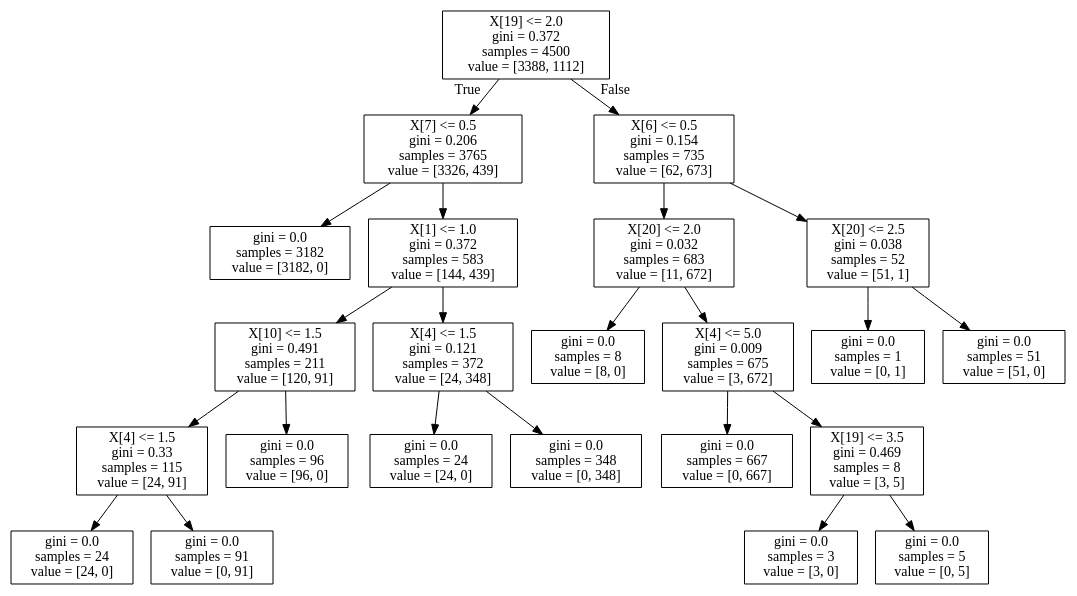
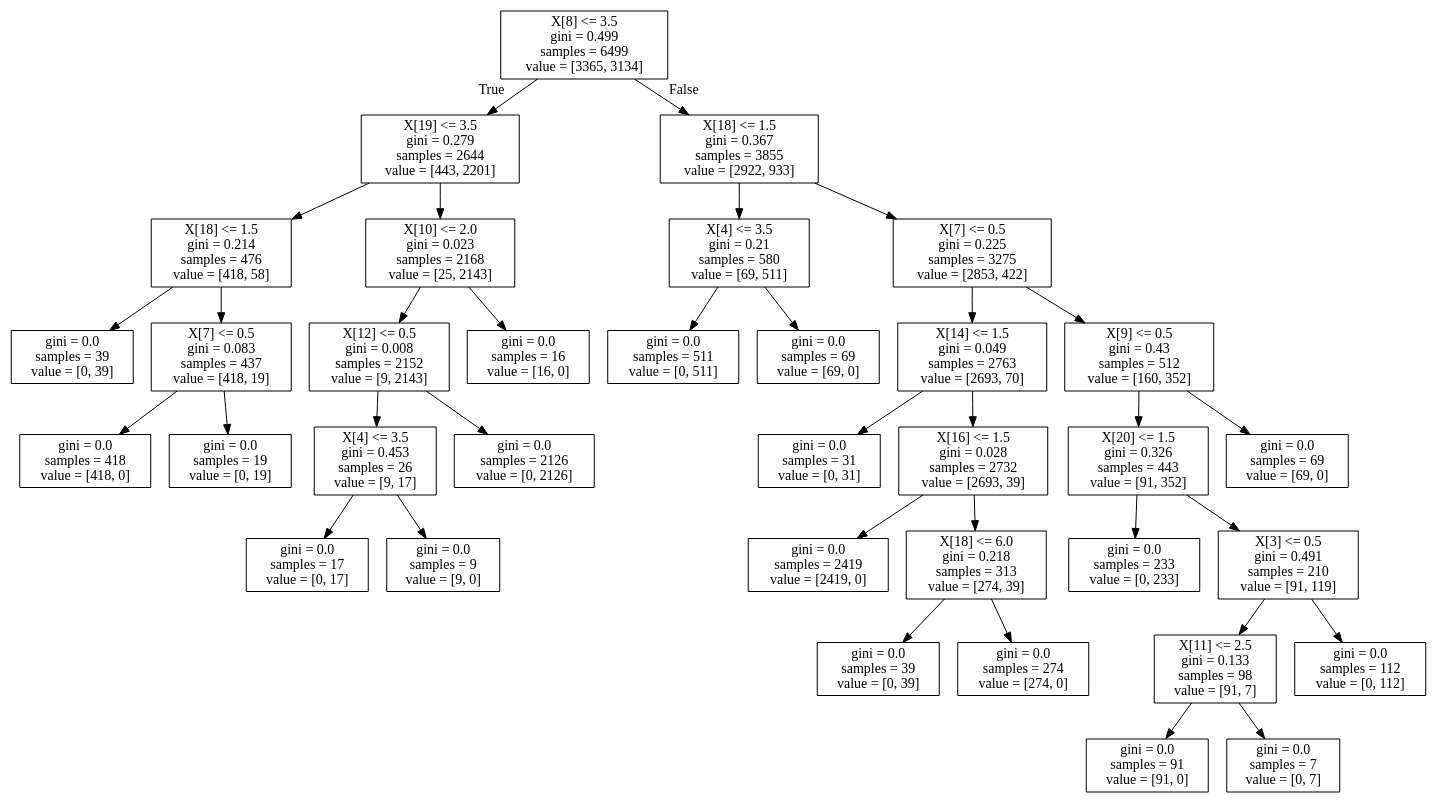
One commit to VIJAY0102/Handon_Ml changed the diagram in Mushroom_dt.dot. Above: the diagram before and after it, drawn with Graphviz. The commit also changed 9 other files, not shown here.

```diff
--- a/Mushroom_dt.dot
+++ b/Mushroom_dt.dot
@@ -1,48 +1,72 @@
 digraph Tree {
 node [shape=box] ;
-0 [label="X[19] <= 2.0\ngini = 0.372\nsamples = 4500\nvalue = [3388, 1112]"] ;
-1 [label="X[7] <= 0.5\ngini = 0.206\nsamples = 3765\nvalue = [3326, 439]"] ;
+0 [label="X[8] <= 3.5\ngini = 0.499\nsamples = 6499\nvalue = [3365, 3134]"] ;
+1 [label="X[19] <= 3.5\ngini = 0.279\nsamples = 2644\nvalue = [443, 2201]"] ;
 0 -> 1 [labeldistance=2.5, labelangle=45, headlabel="True"] ;
-2 [label="gini = 0.0\nsamples = 3182\nvalue = [3182, 0]"] ;
+2 [label="X[18] <= 1.5\ngini = 0.214\nsamples = 476\nvalue = [418, 58]"] ;
 1 -> 2 ;
-3 [label="X[1] <= 1.0\ngini = 0.372\nsamples = 583\nvalue = [144, 439]"] ;
-1 -> 3 ;
-4 [label="X[10] <= 1.5\ngini = 0.491\nsamples = 211\nvalue = [120, 91]"] ;
-3 -> 4 ;
-5 [label="X[4] <= 1.5\ngini = 0.33\nsamples = 115\nvalue = [24, 91]"] ;
+3 [label="gini = 0.0\nsamples = 39\nvalue = [0, 39]"] ;
+2 -> 3 ;
+4 [label="X[7] <= 0.5\ngini = 0.083\nsamples = 437\nvalue = [418, 19]"] ;
+2 -> 4 ;
+5 [label="gini = 0.0\nsamples = 418\nvalue = [418, 0]"] ;
 4 -> 5 ;
-6 [label="gini = 0.0\nsamples = 24\nvalue = [24, 0]"] ;
-5 -> 6 ;
-7 [label="gini = 0.0\nsamples = 91\nvalue = [0, 91]"] ;
-5 -> 7 ;
-8 [label="gini = 0.0\nsamples = 96\nvalue = [96, 0]"] ;
-4 -> 8 ;
-9 [label="X[4] <= 1.5\ngini = 0.121\nsamples = 372\nvalue = [24, 348]"] ;
-3 -> 9 ;
-10 [label="gini = 0.0\nsamples = 24\nvalue = [24, 0]"] ;
+6 [label="gini = 0.0\nsamples = 19\nvalue = [0, 19]"] ;
+4 -> 6 ;
+7 [label="X[10] <= 2.0\ngini = 0.023\nsamples = 2168\nvalue = [25, 2143]"] ;
+1 -> 7 ;
+8 [label="X[12] <= 0.5\ngini = 0.008\nsamples = 2152\nvalue = [9, 2143]"] ;
+7 -> 8 ;
+9 [label="X[4] <= 3.5\ngini = 0.453\nsamples = 26\nvalue = [9, 17]"] ;
+8 -> 9 ;
+10 [label="gini = 0.0\nsamples = 17\nvalue = [0, 17]"] ;
 9 -> 10 ;
-11 [label="gini = 0.0\nsamples = 348\nvalue = [0, 348]"] ;
+11 [label="gini = 0.0\nsamples = 9\nvalue = [9, 0]"] ;
 9 -> 11 ;
-12 [label="X[6] <= 0.5\ngini = 0.154\nsamples = 735\nvalue = [62, 673]"] ;
-0 -> 12 [labeldistance=2.5, labelangle=-45, headlabel="False"] ;
-13 [label="X[20] <= 2.0\ngini = 0.032\nsamples = 683\nvalue = [11, 672]"] ;
-12 -> 13 ;
-14 [label="gini = 0.0\nsamples = 8\nvalue = [8, 0]"] ;
-13 -> 14 ;
-15 [label="X[4] <= 5.0\ngini = 0.009\nsamples = 675\nvalue = [3, 672]"] ;
-13 -> 15 ;
-16 [label="gini = 0.0\nsamples = 667\nvalue = [0, 667]"] ;
+12 [label="gini = 0.0\nsamples = 2126\nvalue = [0, 2126]"] ;
+8 -> 12 ;
+13 [label="gini = 0.0\nsamples = 16\nvalue = [16, 0]"] ;
+7 -> 13 ;
+14 [label="X[18] <= 1.5\ngini = 0.367\nsamples = 3855\nvalue = [2922, 933]"] ;
+0 -> 14 [labeldistance=2.5, labelangle=-45, headlabel="False"] ;
+15 [label="X[4] <= 3.5\ngini = 0.21\nsamples = 580\nvalue = [69, 511]"] ;
+14 -> 15 ;
+16 [label="gini = 0.0\nsamples = 511\nvalue = [0, 511]"] ;
 15 -> 16 ;
-17 [label="X[19] <= 3.5\ngini = 0.469\nsamples = 8\nvalue = [3, 5]"] ;
+17 [label="gini = 0.0\nsamples = 69\nvalue = [69, 0]"] ;
 15 -> 17 ;
-18 [label="gini = 0.0\nsamples = 3\nvalue = [3, 0]"] ;
-17 -> 18 ;
-19 [label="gini = 0.0\nsamples = 5\nvalue = [0, 5]"] ;
-17 -> 19 ;
-20 [label="X[20] <= 2.5\ngini = 0.038\nsamples = 52\nvalue = [51, 1]"] ;
-12 -> 20 ;
-21 [label="gini = 0.0\nsamples = 1\nvalue = [0, 1]"] ;
-20 -> 21 ;
-22 [label="gini = 0.0\nsamples = 51\nvalue = [51, 0]"] ;
-20 -> 22 ;
+18 [label="X[7] <= 0.5\ngini = 0.225\nsamples = 3275\nvalue = [2853, 422]"] ;
+14 -> 18 ;
+19 [label="X[14] <= 1.5\ngini = 0.049\nsamples = 2763\nvalue = [2693, 70]"] ;
+18 -> 19 ;
+20 [label="gini = 0.0\nsamples = 31\nvalue = [0, 31]"] ;
+19 -> 20 ;
+21 [label="X[16] <= 1.5\ngini = 0.028\nsamples = 2732\nvalue = [2693, 39]"] ;
+19 -> 21 ;
+22 [label="gini = 0.0\nsamples = 2419\nvalue = [2419, 0]"] ;
+21 -> 22 ;
+23 [label="X[18] <= 6.0\ngini = 0.218\nsamples = 313\nvalue = [274, 39]"] ;
+21 -> 23 ;
+24 [label="gini = 0.0\nsamples = 39\nvalue = [0, 39]"] ;
+23 -> 24 ;
+25 [label="gini = 0.0\nsamples = 274\nvalue = [274, 0]"] ;
+23 -> 25 ;
+26 [label="X[9] <= 0.5\ngini = 0.43\nsamples = 512\nvalue = [160, 352]"] ;
+18 -> 26 ;
+27 [label="X[20] <= 1.5\ngini = 0.326\nsamples = 443\nvalue = [91, 352]"] ;
+26 -> 27 ;
+28 [label="gini = 0.0\nsamples = 233\nvalue = [0, 233]"] ;
+27 -> 28 ;
+29 [label="X[3] <= 0.5\ngini = 0.491\nsamples = 210\nvalue = [91, 119]"] ;
+27 -> 29 ;
+30 [label="X[11] <= 2.5\ngini = 0.133\nsamples = 98\nvalue = [91, 7]"] ;
+29 -> 30 ;
+31 [label="gini = 0.0\nsamples = 91\nvalue = [91, 0]"] ;
+30 -> 31 ;
+32 [label="gini = 0.0\nsamples = 7\nvalue = [0, 7]"] ;
+30 -> 32 ;
+33 [label="gini = 0.0\nsamples = 112\nvalue = [0, 112]"] ;
+29 -> 33 ;
+34 [label="gini = 0.0\nsamples = 69\nvalue = [69, 0]"] ;
+26 -> 34 ;
 }
```
